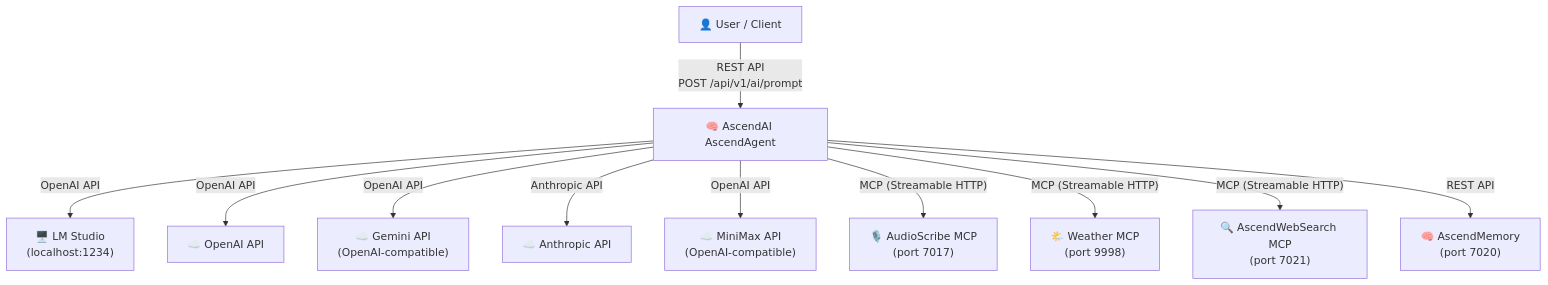
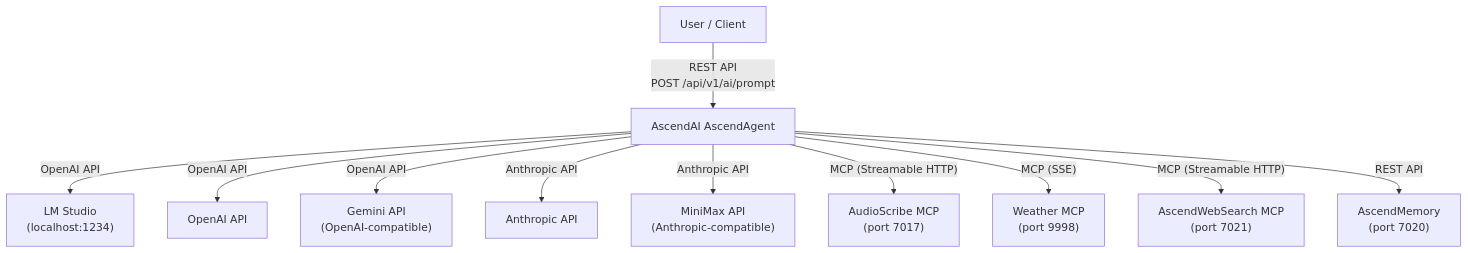
One commit to Lukk17/AscendAI changed the diagram in AscendAgent/docs/architecture/arc42/03-context-and-scope.md. Above: the diagram before and after it, drawn with Mermaid. The commit also changed other lines of this file and 894 other files, not shown here.

First line of the commit message:
AscendAgent: deploy, chat caching/compaction, RAG source attachments (#2)

````diff
--- a/AscendAgent/docs/architecture/arc42/03-context-and-scope.md
+++ b/AscendAgent/docs/architecture/arc42/03-context-and-scope.md
@@ -5,25 +7,25 @@
 ```mermaid
 graph TB
-    User["👤 User / Client"]
-    AscendAgent["🧠 AscendAI AscendAgent"]
-    LMStudio["🖥️ LM Studio<br/>(localhost:1234)"]
-    OpenAI["☁️ OpenAI API"]
-    Gemini["☁️ Gemini API<br/>(OpenAI-compatible)"]
-    Anthropic["☁️ Anthropic API"]
-    MiniMax["☁️ MiniMax API<br/>(OpenAI-compatible)"]
-    AudioScribe["🎙️ AudioScribe MCP<br/>(port 7017)"]
-    Weather["🌤️ Weather MCP<br/>(port 9998)"]
-    WebSearch["🔍 AscendWebSearch MCP<br/>(port 7021)"]
-    Memory["🧠 AscendMemory<br/>(port 7020)"]
+    User["User / Client"]
+    AscendAgent["AscendAI AscendAgent"]
+    LMStudio["LM Studio<br/>(localhost:1234)"]
+    OpenAI["OpenAI API"]
+    Gemini["Gemini API<br/>(OpenAI-compatible)"]
+    Anthropic["Anthropic API"]
+    MiniMax["MiniMax API<br/>(Anthropic-compatible)"]
+    AudioScribe["AudioScribe MCP<br/>(port 7017)"]
+    Weather["Weather MCP<br/>(port 9998)"]
+    WebSearch["AscendWebSearch MCP<br/>(port 7021)"]
+    Memory["AscendMemory<br/>(port 7020)"]
 
     User -->|"REST API<br/>POST /api/v1/ai/prompt"| AscendAgent
     AscendAgent -->|"OpenAI API"| LMStudio
     AscendAgent -->|"OpenAI API"| OpenAI
     AscendAgent -->|"OpenAI API"| Gemini
     AscendAgent -->|"Anthropic API"| Anthropic
-    AscendAgent -->|"OpenAI API"| MiniMax
+    AscendAgent -->|"Anthropic API"| MiniMax
     AscendAgent -->|"MCP (Streamable HTTP)"| AudioScribe
-    AscendAgent -->|"MCP (Streamable HTTP)"| Weather
+    AscendAgent -->|"MCP (SSE)"| Weather
     AscendAgent -->|"MCP (Streamable HTTP)"| WebSearch
     AscendAgent -->|"REST API"| Memory
 ```
````
